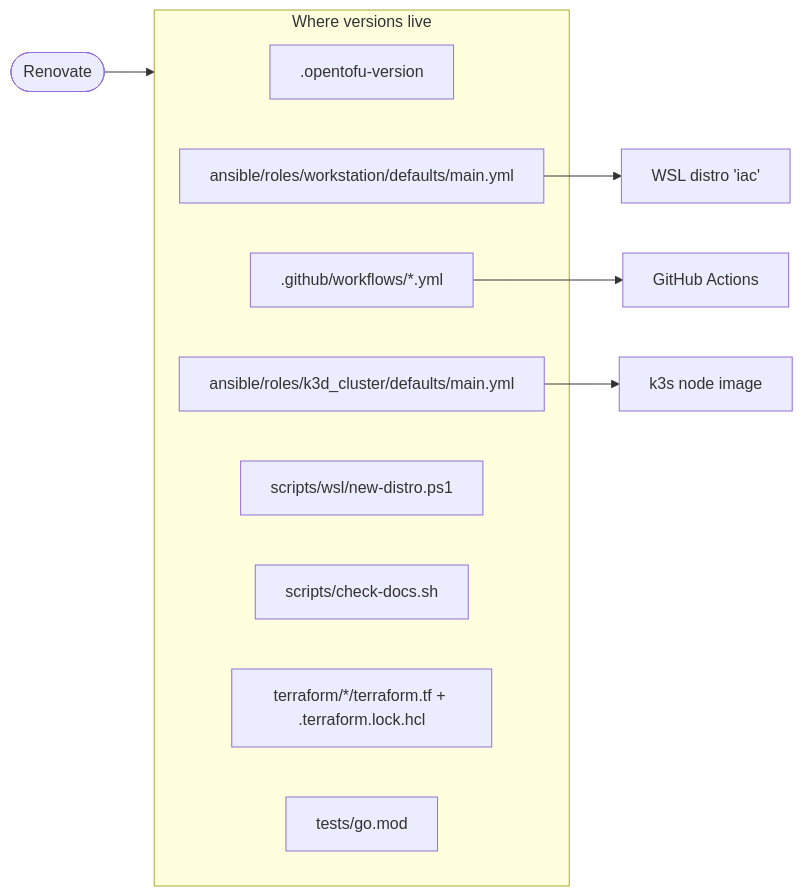
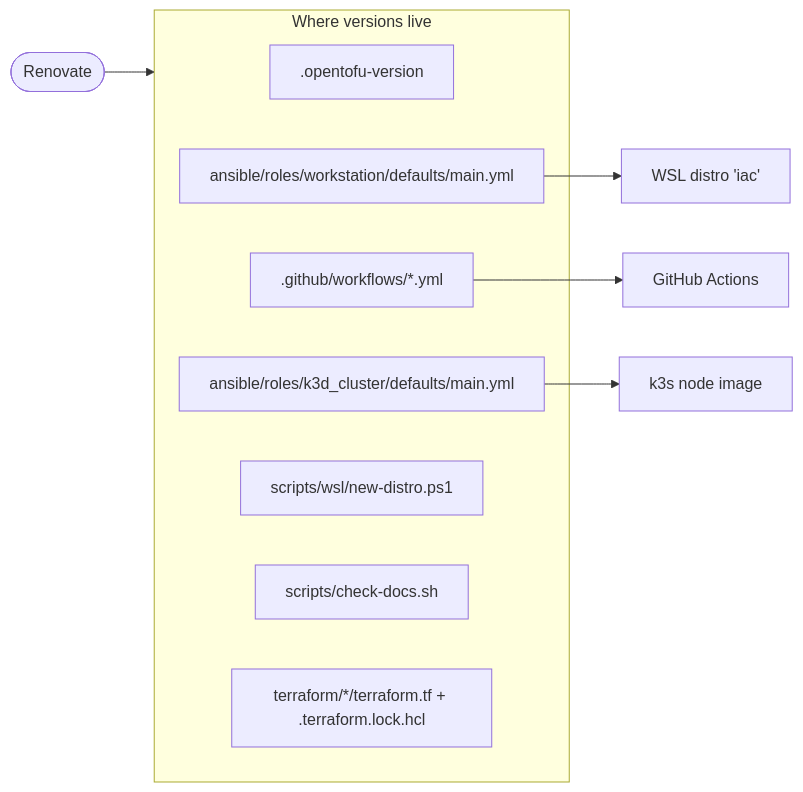
One commit to GregoireF/iac changed the diagram in docs/reference/toolchain.md. Above: the diagram before and after it, drawn with Mermaid. The commit also changed 11 other files, not shown here.

````diff
--- a/docs/reference/toolchain.md
+++ b/docs/reference/toolchain.md
@@ -6,17 +6,16 @@
 ```mermaid
 flowchart LR
   subgraph sources["Where versions live"]
     ov[".opentofu-version"]
     ws["ansible/roles/workstation/defaults/main.yml"]
     wf[".github/workflows/*.yml"]
     k3d["ansible/roles/k3d_cluster/defaults/main.yml"]
     dist["scripts/wsl/new-distro.ps1"]
     docs["scripts/check-docs.sh"]
     tf["terraform/*/terraform.tf + .terraform.lock.hcl"]
-    go["tests/go.mod"]
   end
   renovate(["Renovate"]) --> sources
   ws --> local["WSL distro 'iac'"]
   wf --> ci["GitHub Actions"]
   k3d --> cluster["k3s node image"]
 ```
````
